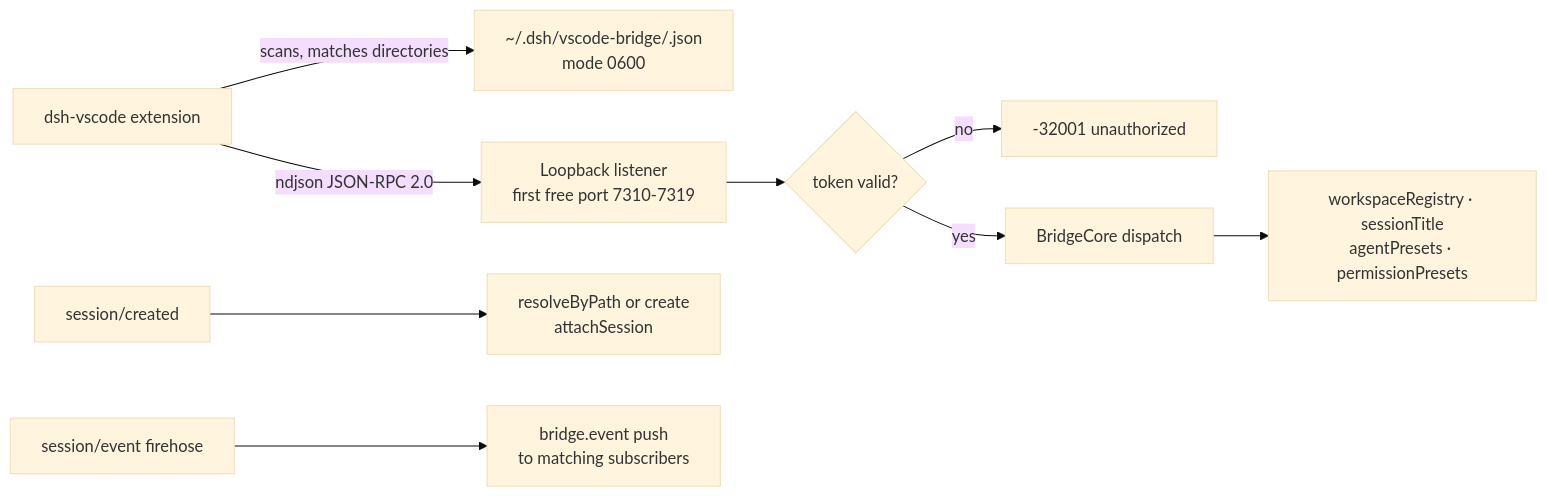
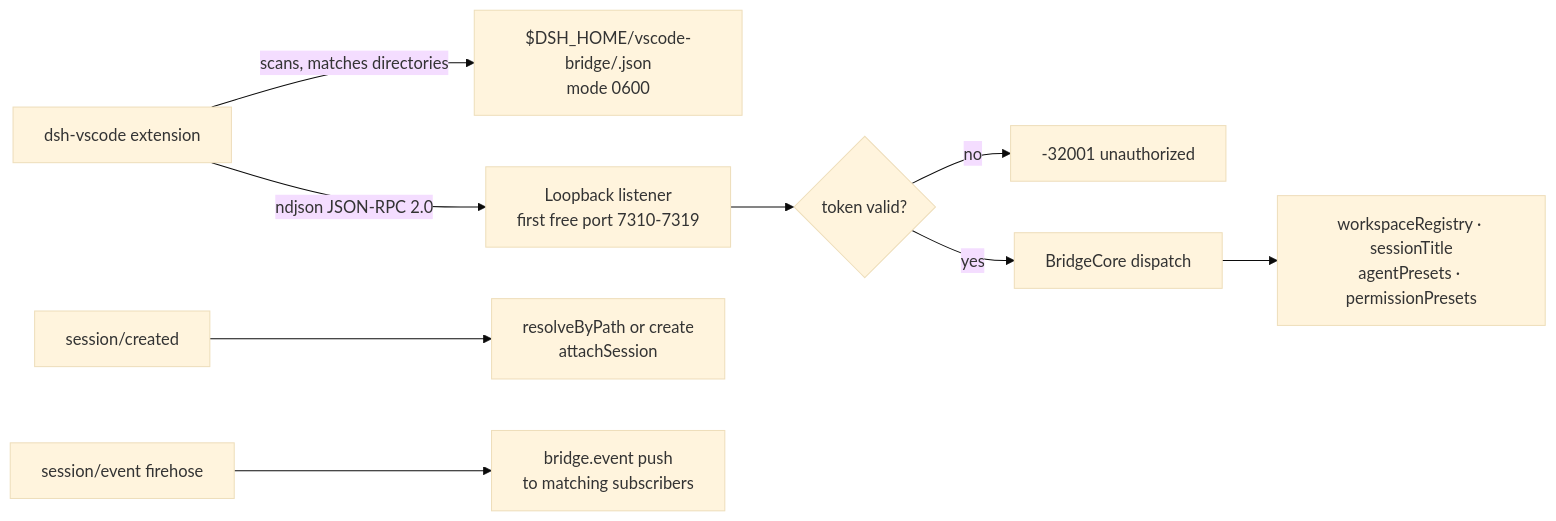
Before and after one commit to EPCN-fla/dsh-vscode-bridge: the diagram in README.en.md, drawn with Mermaid (base theme). The commit also changed other lines of this file and 3 other files, not shown here.

````diff
--- a/README.en.md
+++ b/README.en.md
@@ -32,11 +32,11 @@
 ```mermaid
 flowchart LR
-    Ext[dsh-vscode extension] -->|scans, matches directories| Disc[~/.dsh/vscode-bridge/<pid>.json<br/>mode 0600]
+    Ext[dsh-vscode extension] -->|scans, matches directories| Disc[$DSH_HOME/vscode-bridge/<pid>.json<br/>mode 0600]
     Ext -->|ndjson JSON-RPC 2.0| Tcp[Loopback listener<br/>first free port 7310-7319]
     Tcp --> Auth{token valid?}
     Auth -->|no| Reject[-32001 unauthorized]
     Auth -->|yes| Core[BridgeCore dispatch]
     Core --> Svc[workspaceRegistry · sessionTitle<br/>agentPresets · permissionPresets]
     Created[session/created] --> Attach[resolveByPath or create<br/>attachSession]
     Fire[session/event firehose] --> Push[bridge.event push<br/>to matching subscribers]
 ```
````
